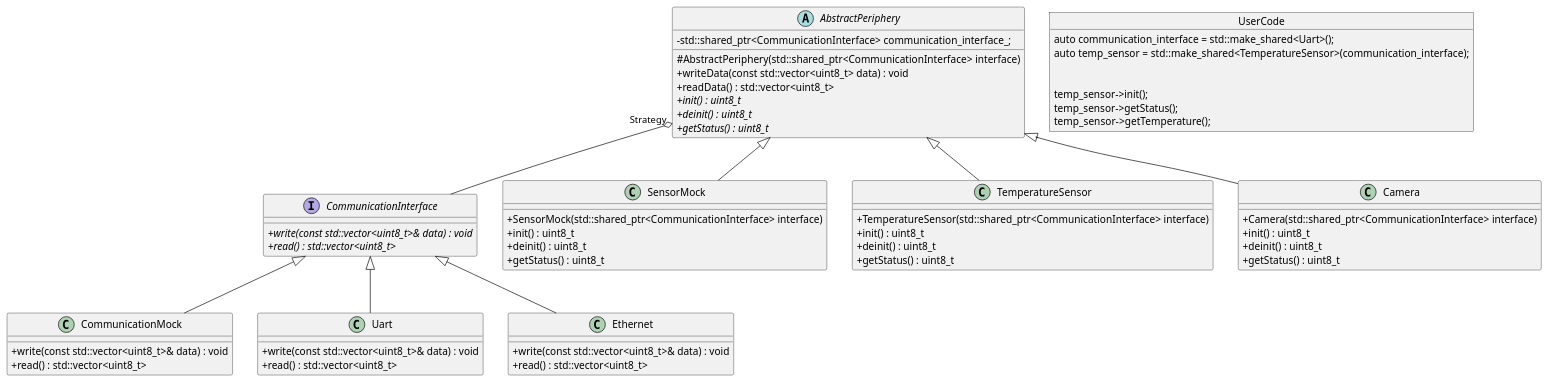
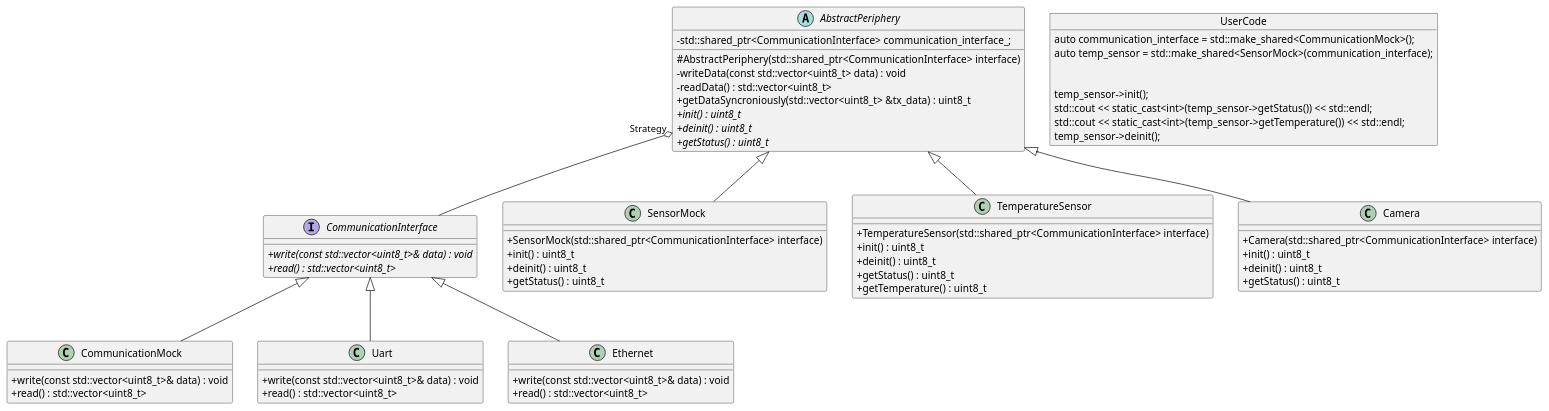
Before and after one commit to shalex88/periphery-manager: the diagram in docs/periphery-manager.puml, drawn with PlantUML. The commit also changed 12 other files, not shown here.

Commit message:
Improve the design, add tests and communication mock for executing without gtest

```diff
--- a/docs/periphery-manager.puml
+++ b/docs/periphery-manager.puml
@@ -1,77 +1,80 @@
 @startuml reg-manager
 'https://plantuml.com/class-diagram
 skinparam classAttributeIconSize 0
 
 'Classes
 abstract AbstractPeriphery {
+    #AbstractPeriphery(std::shared_ptr<CommunicationInterface> interface)
     -std::shared_ptr<CommunicationInterface> communication_interface_;
-    #AbstractPeriphery(std::shared_ptr<CommunicationInterface> interface)
-    +writeData(const std::vector<uint8_t> data) : void
-    +readData() : std::vector<uint8_t>
+    -writeData(const std::vector<uint8_t> data) : void
+    -readData() : std::vector<uint8_t>
+    +getDataSyncroniously(std::vector<uint8_t> &tx_data) : uint8_t
     +{abstract}init() : uint8_t
     +{abstract}deinit() : uint8_t
     +{abstract}getStatus() : uint8_t
 }
 
 class SensorMock {
     +SensorMock(std::shared_ptr<CommunicationInterface> interface)
     +init() : uint8_t
     +deinit() : uint8_t
     +getStatus() : uint8_t
 }
 
 class TemperatureSensor {
     +TemperatureSensor(std::shared_ptr<CommunicationInterface> interface)
     +init() : uint8_t
     +deinit() : uint8_t
     +getStatus() : uint8_t
+    +getTemperature() : uint8_t
 }
 
 class Camera {
     +Camera(std::shared_ptr<CommunicationInterface> interface)
     +init() : uint8_t
     +deinit() : uint8_t
     +getStatus() : uint8_t
 }
 
 interface CommunicationInterface {
     +{abstract} write(const std::vector<uint8_t>& data) : void
     +{abstract} read() : std::vector<uint8_t>
 }
 
 class CommunicationMock {
     +write(const std::vector<uint8_t>& data) : void
     +read() : std::vector<uint8_t>
 }
 
 class Uart {
     +write(const std::vector<uint8_t>& data) : void
     +read() : std::vector<uint8_t>
 }
 
 class Ethernet {
     +write(const std::vector<uint8_t>& data) : void
     +read() : std::vector<uint8_t>
 }
 
 object UserCode {
-    auto communication_interface = std::make_shared<Uart>();
-    auto temp_sensor = std::make_shared<TemperatureSensor>(communication_interface);
+    auto communication_interface = std::make_shared<CommunicationMock>();
+    auto temp_sensor = std::make_shared<SensorMock>(communication_interface);
     \n
     temp_sensor->init();
-    temp_sensor->getStatus();
-    temp_sensor->getTemperature();
+    std::cout << static_cast<int>(temp_sensor->getStatus()) << std::endl;
+    std::cout << static_cast<int>(temp_sensor->getTemperature()) << std::endl;
+    temp_sensor->deinit();
 }
 
 'Relations
 SensorMock -up-|> AbstractPeriphery
 TemperatureSensor -up-|> AbstractPeriphery
 Camera -up-|> AbstractPeriphery
 AbstractPeriphery "Strategy" o-- CommunicationInterface
 CommunicationMock -up-|> CommunicationInterface
 Uart -up-|> CommunicationInterface
 Ethernet -up-|> CommunicationInterface
 
 'Notes
 
 @enduml
```
